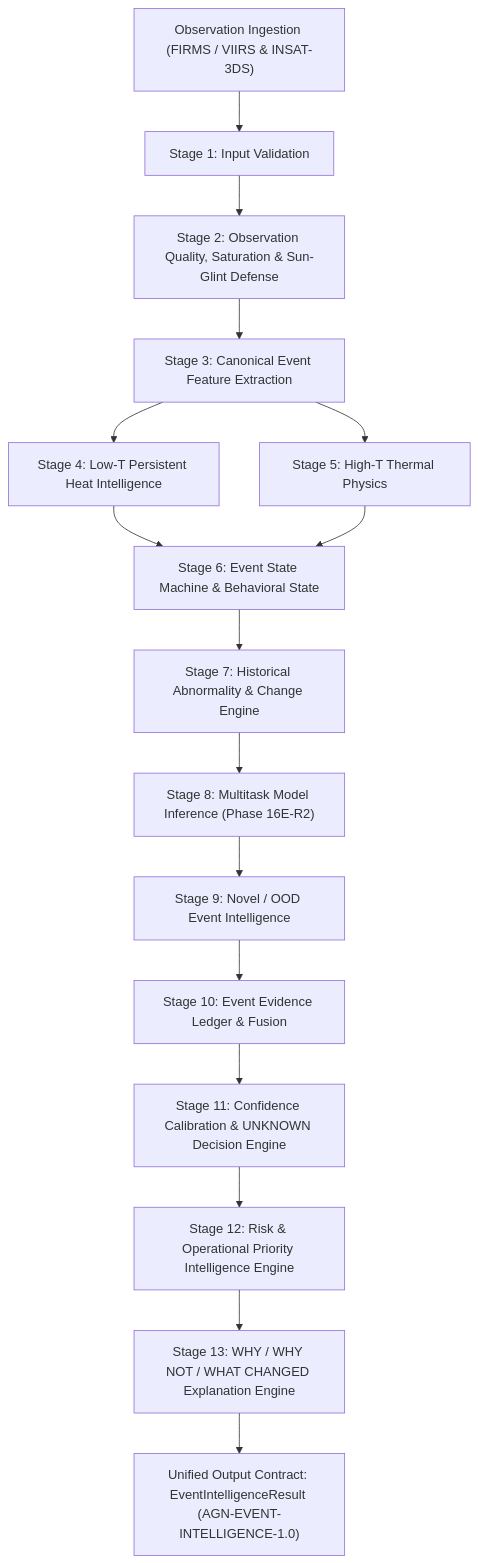
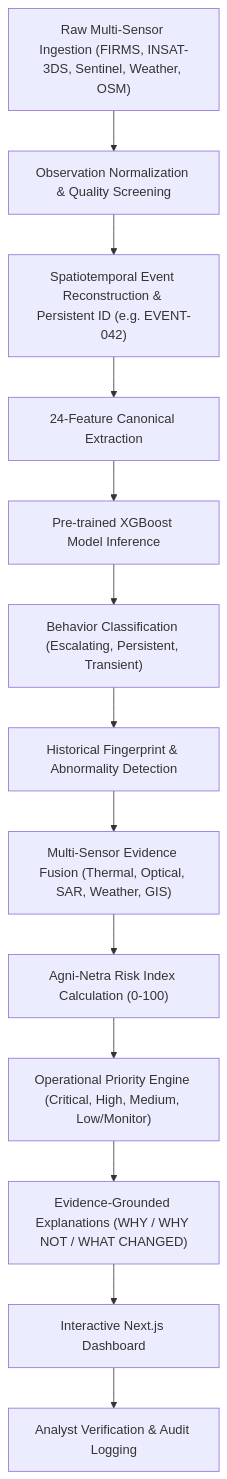
One commit to Team-Believer/Agni-Netra changed the diagram in README.md. Above: the diagram before and after it, drawn with Mermaid. The commit also changed other lines of this file and 56 other files, not shown here.

````diff
--- a/README.md
+++ b/README.md
@@ -25,17 +23,15 @@
 ```mermaid
 graph TD
-    A["Observation Ingestion (FIRMS / VIIRS & INSAT-3DS)"] --> B["Stage 1: Input Validation"]
-    B --> C["Stage 2: Observation Quality, Saturation & Sun-Glint Defense"]
-    C --> D["Stage 3: Canonical Event Feature Extraction"]
-    D --> E["Stage 4: Low-T Persistent Heat Intelligence"]
-    D --> F["Stage 5: High-T Thermal Physics"]
-    E & F --> G["Stage 6: Event State Machine & Behavioral State"]
-    G --> H["Stage 7: Historical Abnormality & Change Engine"]
-    H --> I["Stage 8: Multitask Model Inference (Phase 16E-R2)"]
-    I --> J["Stage 9: Novel / OOD Event Intelligence"]
-    J --> K["Stage 10: Event Evidence Ledger & Fusion"]
-    K --> L["Stage 11: Confidence Calibration & UNKNOWN Decision Engine"]
-    L --> M["Stage 12: Risk & Operational Priority Intelligence Engine"]
-    M --> N["Stage 13: WHY / WHY NOT / WHAT CHANGED Explanation Engine"]
-    N --> O["Unified Output Contract: EventIntelligenceResult (AGN-EVENT-INTELLIGENCE-1.0)"]
+    A["Raw Multi-Sensor Ingestion (FIRMS, INSAT-3DS, Sentinel, Weather, OSM)"] --> B["Observation Normalization & Quality Screening"]
+    B --> C["Spatiotemporal Event Reconstruction & Persistent ID (e.g. EVENT-042)"]
+    C --> D["24-Feature Canonical Extraction"]
+    D --> E["Pre-trained XGBoost Model Inference"]
+    E --> F["Behavior Classification (Escalating, Persistent, Transient)"]
+    F --> G["Historical Fingerprint & Abnormality Detection"]
+    G --> H["Multi-Sensor Evidence Fusion (Thermal, Optical, SAR, Weather, GIS)"]
+    H --> I["Agni-Netra Risk Index Calculation (0-100)"]
+    I --> J["Operational Priority Engine (Critical, High, Medium, Low/Monitor)"]
+    J --> K["Evidence-Grounded Explanations (WHY / WHY NOT / WHAT CHANGED)"]
+    K --> L["Interactive Next.js Dashboard"]
+    L --> M["Analyst Verification & Audit Logging"]
 ```
````
